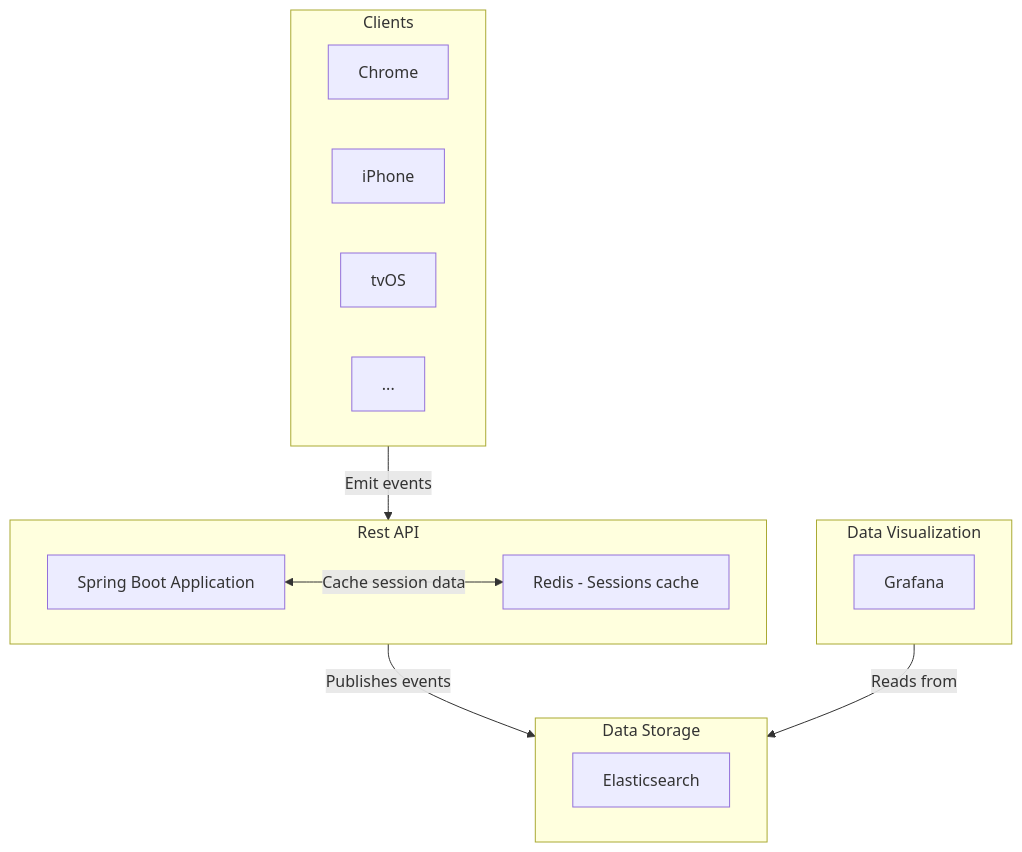
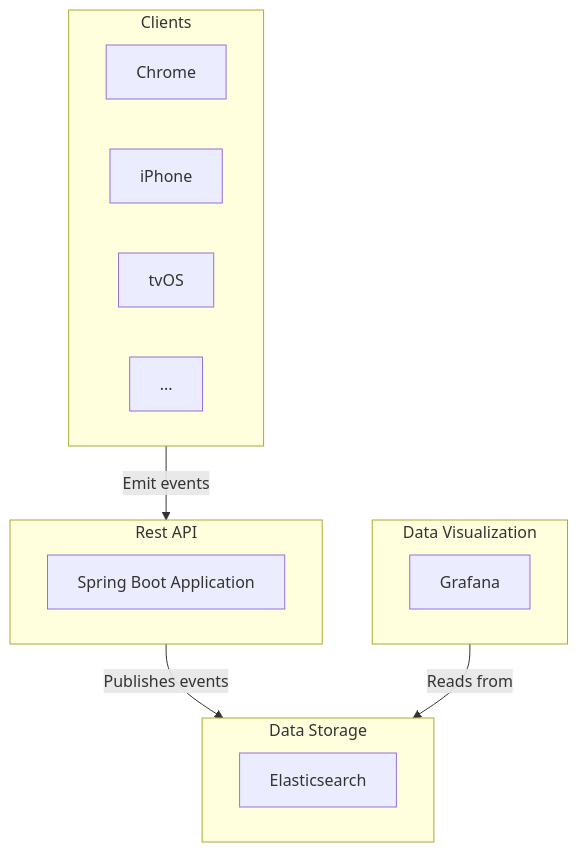
Before and after one commit to jboix/event-visualizer: the diagram in docs/README.md, drawn with Mermaid. The commit also changed other lines of this file and 36 other files, not shown here.

Commit message:
feat: simplify architecture by removing redis

````diff
--- a/docs/README.md
+++ b/docs/README.md
@@ -46,27 +41,25 @@
 ```mermaid
 graph TD
   subgraph Clients
     Chrome
     iPhone
     tvOS
     ...
   end
 
   subgraph I[Data Visualization]
     J[Grafana]
   end
 
   subgraph A[Rest API]
     B[Spring Boot Application]
-    C[Redis - Sessions cache]
   end
 
   subgraph G[Data Storage]
     H[Elasticsearch]
   end
 
   Clients -->|Emit events| A
-  B <-->|Cache session data| C
   A -->|Publishes events| G
   I -->|Reads from| G
 ```
````
